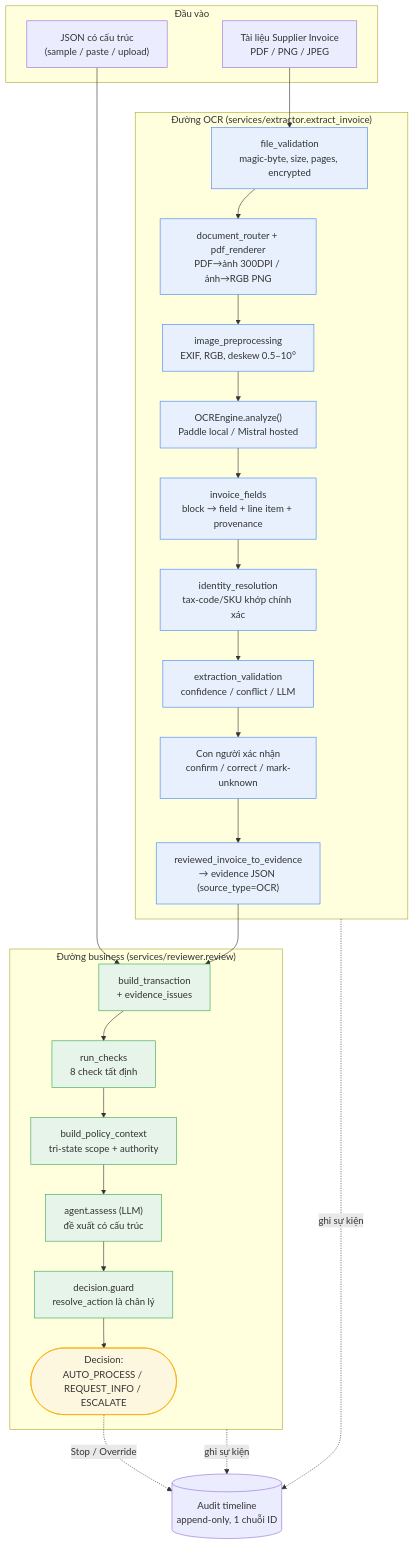
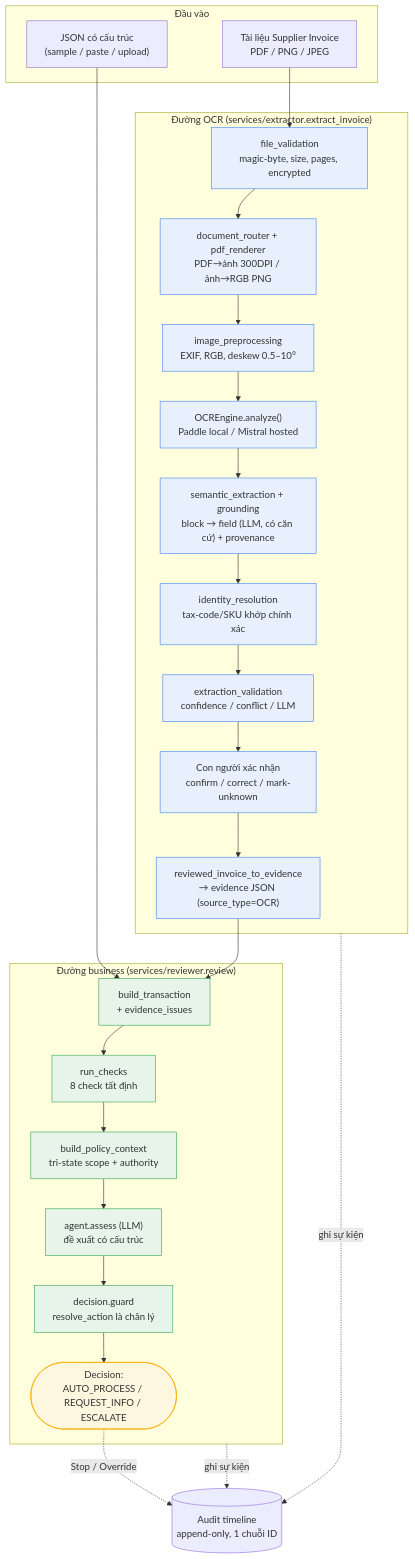
One commit to Nnguyen-dev2805/InvoiceReferee changed the first of 4 diagrams in docs/SYSTEM_FLOW.md. Above: the diagram before and after it, drawn with Mermaid. The commit also changed other lines of this file and 107 other files, not shown here.

````diff
--- a/docs/SYSTEM_FLOW.md
+++ b/docs/SYSTEM_FLOW.md
@@ -12,45 +12,45 @@
 ```mermaid
 flowchart TD
     subgraph INPUT["Đầu vào"]
         J["JSON có cấu trúc<br/>(sample / paste / upload)"]
         D["Tài liệu Supplier Invoice<br/>PDF / PNG / JPEG"]
     end
 
     subgraph OCRPATH["Đường OCR (services/extractor.extract_invoice)"]
         V["file_validation<br/>magic-byte, size, pages, encrypted"]
         R["document_router + pdf_renderer<br/>PDF→ảnh 300DPI / ảnh→RGB PNG"]
         P["image_preprocessing<br/>EXIF, RGB, deskew 0.5–10°"]
         E["OCREngine.analyze()<br/>Paddle local / Mistral hosted"]
-        F["invoice_fields<br/>block → field + line item + provenance"]
+        F["semantic_extraction + grounding<br/>block → field (LLM, có căn cứ) + provenance"]
         ID["identity_resolution<br/>tax-code/SKU khớp chính xác"]
         VAL["extraction_validation<br/>confidence / conflict / LLM"]
         HC["Con người xác nhận<br/>confirm / correct / mark-unknown"]
         CONV["reviewed_invoice_to_evidence<br/>→ evidence JSON (source_type=OCR)"]
     end
 
     subgraph REVIEW["Đường business (services/reviewer.review)"]
         BT["build_transaction<br/>+ evidence_issues"]
         CHK["run_checks<br/>8 check tất định"]
         POL["build_policy_context<br/>tri-state scope + authority"]
         ASSESS["agent.assess (LLM)<br/>đề xuất có cấu trúc"]
         GUARD["decision.guard<br/>resolve_action là chân lý"]
         DEC(["Decision:<br/>AUTO_PROCESS / REQUEST_INFO / ESCALATE"])
     end
 
     AUD[("Audit timeline<br/>append-only, 1 chuỗi ID")]
 
     J --> BT
     D --> V --> R --> P --> E --> F --> ID --> VAL --> HC --> CONV --> BT
     BT --> CHK --> POL --> ASSESS --> GUARD --> DEC
 
     OCRPATH -.ghi sự kiện.-> AUD
     REVIEW -.ghi sự kiện.-> AUD
     DEC -.->|Stop / Override| AUD
 
     classDef ocr fill:#e8f0fe,stroke:#4285f4;
     classDef rev fill:#e6f4ea,stroke:#34a853;
     classDef dec fill:#fef7e0,stroke:#f9ab00;
     class V,R,P,E,F,ID,VAL,HC,CONV ocr;
     class BT,CHK,POL,ASSESS,GUARD rev;
     class DEC dec;
 ```
````
